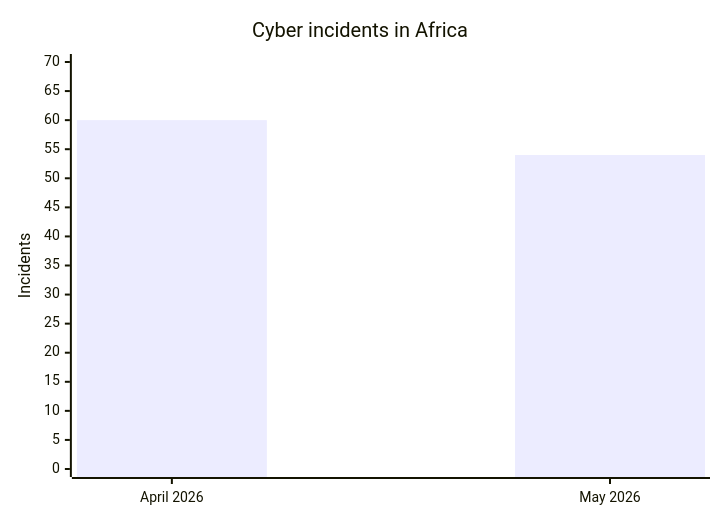
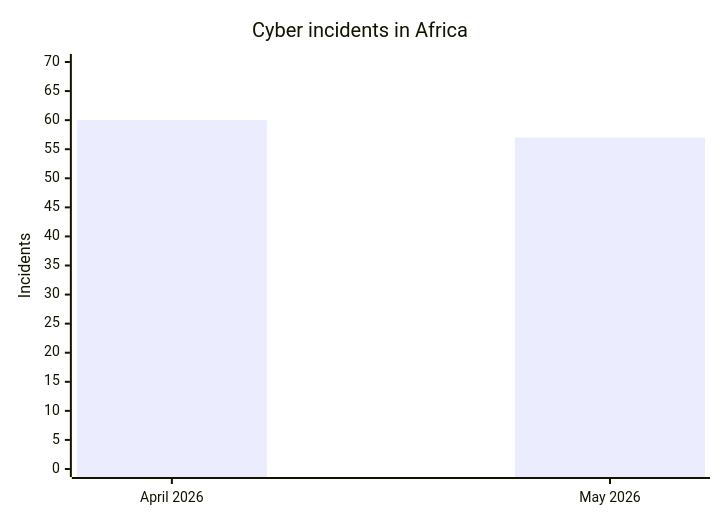
Before and after one commit to Hatchepsoute/AFRINTEL: the first of 4 diagrams in comparison/2026/04-april-may/README.md, drawn with Mermaid. The commit also changed other lines of this file and 28 other files, not shown here.

````diff
--- a/comparison/2026/04-april-may/README.md
+++ b/comparison/2026/04-april-may/README.md
@@ -32,7 +32,7 @@
 ```mermaid
 xychart-beta
 title "Cyber incidents in Africa"
 x-axis ["April 2026","May 2026"]
 y-axis "Incidents" 0 --> 70
-bar [60,54]
+bar [60,57]
 ```
````
